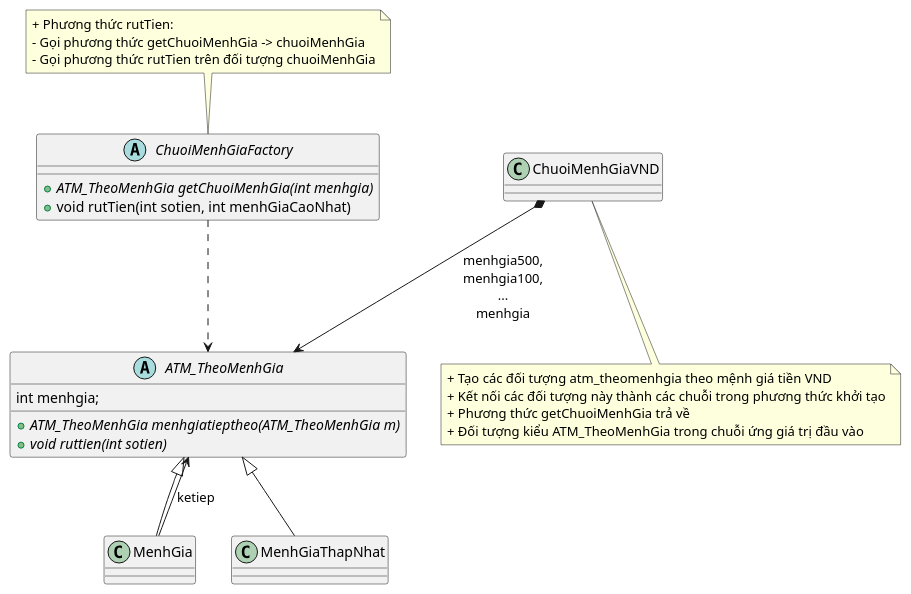
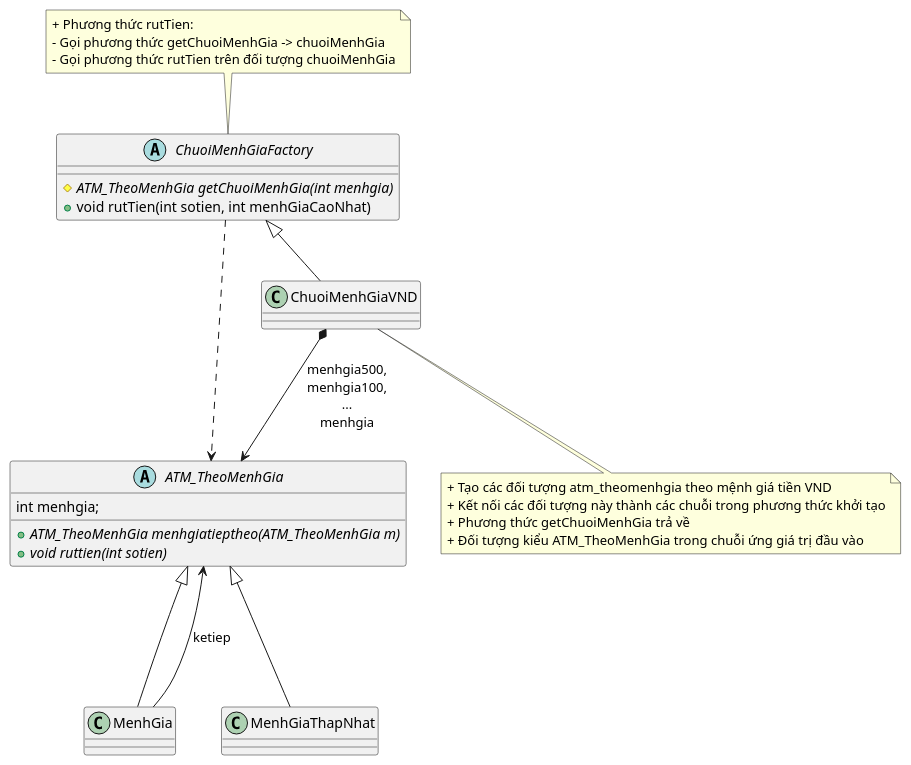
One commit to DuyPhatpeo/KTTKPM changed the diagram in Java/TranDuyPhat-63135054/src/behavioral/chain_of_responsibility/cb1_atm/atm_diagram.puml. Above: the diagram before and after it, drawn with PlantUML. The commit also changed 17 other files, not shown here.

```diff
--- a/Java/TranDuyPhat-63135054/src/behavioral/chain_of_responsibility/cb1_atm/atm_diagram.puml
+++ b/Java/TranDuyPhat-63135054/src/behavioral/chain_of_responsibility/cb1_atm/atm_diagram.puml
@@ -1,28 +1,31 @@
 @startuml
 'https://plantuml.com/sequence-diagram
 abstract ATM_TheoMenhGia{
     int menhgia;
     +{abstract}ATM_TheoMenhGia menhgiatieptheo(ATM_TheoMenhGia m)
     +{abstract}void ruttien(int sotien)
 }
 abstract ChuoiMenhGiaFactory{
-    +{abstract}ATM_TheoMenhGia getChuoiMenhGia(int menhgia)
+    #{abstract}ATM_TheoMenhGia getChuoiMenhGia(int menhgia)
     +void rutTien(int sotien, int menhGiaCaoNhat)
 }
-ChuoiMenhGiaFactory ..> ATM_TheoMenhGia
+ChuoiMenhGiaFactory ...> ATM_TheoMenhGia
 ChuoiMenhGiaVND *--> ATM_TheoMenhGia:"menhgia500,\nmenhgia100,\n...\nmenhgia"
-ATM_TheoMenhGia <|-- MenhGia
-ATM_TheoMenhGia <|-- MenhGiaThapNhat
+ATM_TheoMenhGia <|--- MenhGia
+ATM_TheoMenhGia <|--- MenhGiaThapNhat
 MenhGia --> ATM_TheoMenhGia : ketiep
+ChuoiMenhGiaFactory <|-- ChuoiMenhGiaVND
+
 note bottom of ChuoiMenhGiaVND
 + Tạo các đối tượng atm_theomenhgia theo mệnh giá tiền VND
 + Kết nối các đối tượng này thành các chuỗi trong phương thức khởi tạo
 + Phương thức getChuoiMenhGia trả về
 + Đối tượng kiểu ATM_TheoMenhGia trong chuỗi ứng giá trị đầu vào
 end note
+
 note top of ChuoiMenhGiaFactory
 + Phương thức rutTien:
 - Gọi phương thức getChuoiMenhGia -> chuoiMenhGia
 - Gọi phương thức rutTien trên đối tượng chuoiMenhGia
 end note
 @enduml
```
